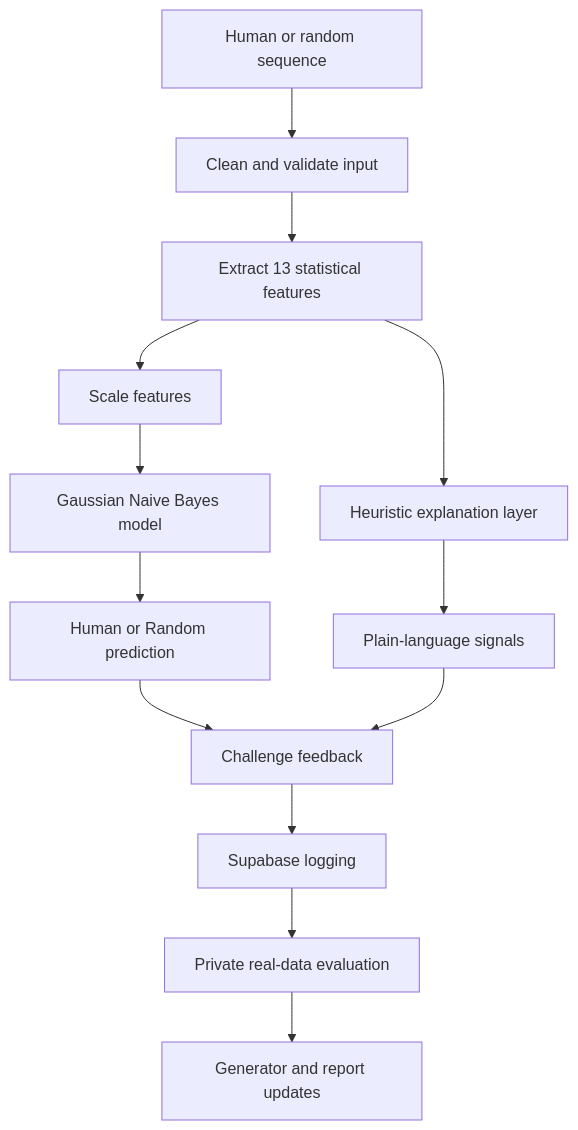
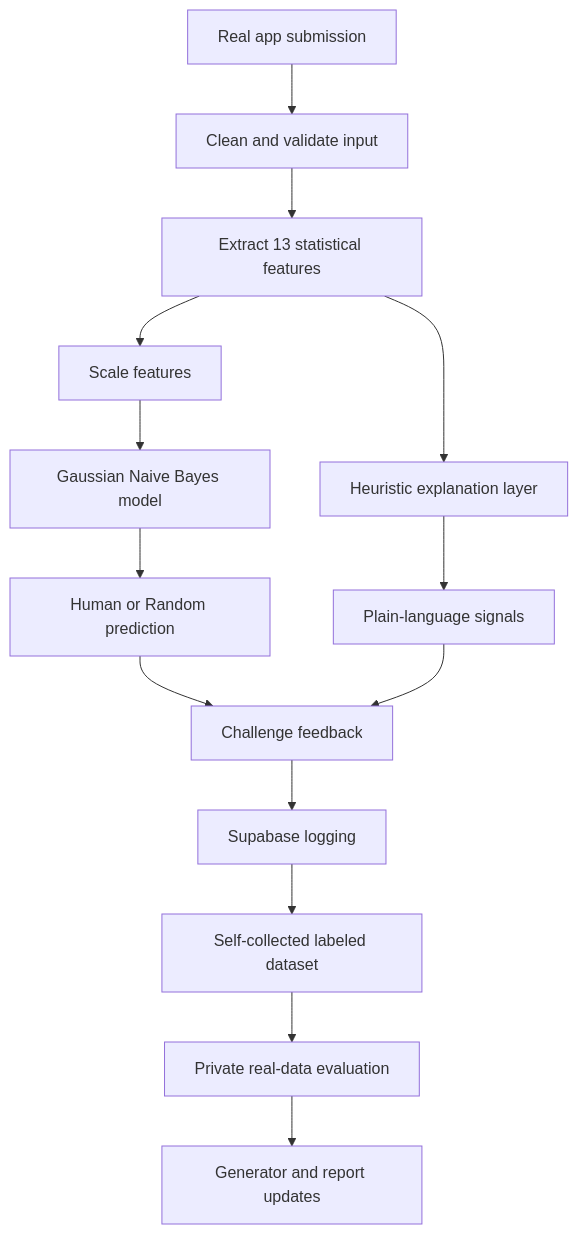
The second of 5 diagrams in REPORT.md (jarems421/human-random-detector), drawn with Mermaid before and after one commit. The commit also changed other lines of this file and 2 other files, not shown here.

Commit message:
Emphasize self-collected real data loop

````diff
--- a/REPORT.md
+++ b/REPORT.md
@@ -45,15 +46,16 @@
 ```mermaid
 flowchart TD
-    A[Human or random sequence] --> B[Clean and validate input]
+    A[Real app submission] --> B[Clean and validate input]
     B --> C[Extract 13 statistical features]
     C --> D[Scale features]
     D --> E[Gaussian Naive Bayes model]
     C --> F[Heuristic explanation layer]
     E --> G[Human or Random prediction]
     F --> H[Plain-language signals]
     G --> I[Challenge feedback]
     H --> I
     I --> J[Supabase logging]
-    J --> K[Private real-data evaluation]
-    K --> L[Generator and report updates]
+    J --> K[Self-collected labeled dataset]
+    K --> L[Private real-data evaluation]
+    L --> M[Generator and report updates]
 ```
````
